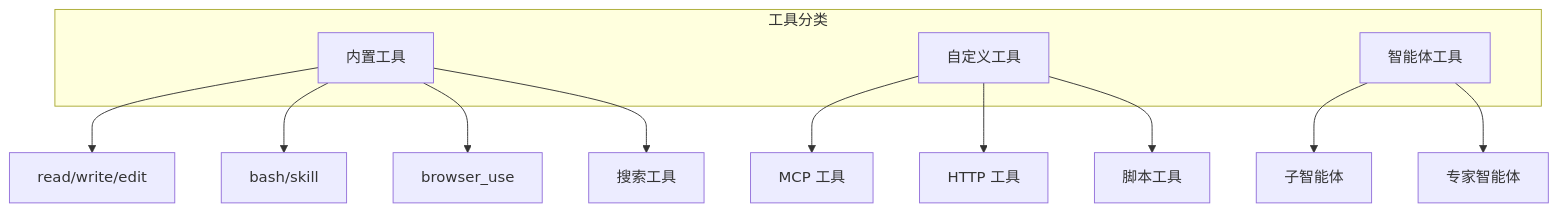
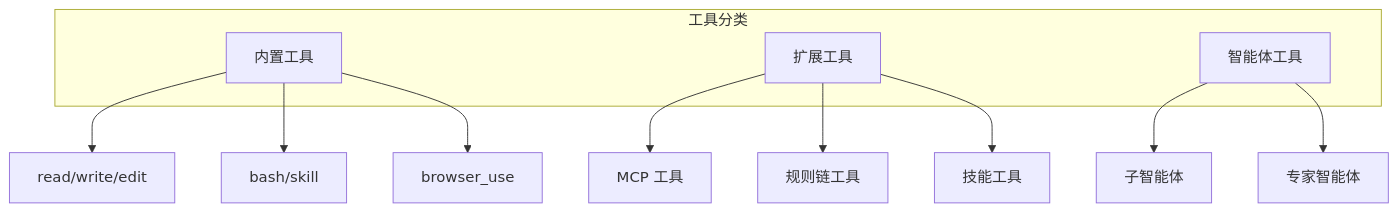
One commit to teambuf/tpclaw-doc changed the third of 4 diagrams in docs/guide/introduction/core-concepts.md. Above: the diagram before and after it, drawn with Mermaid. The commit also changed other lines of this file and 79 other files, not shown here.

First line of the commit message:
重构文档：基于截图重写教程，突出核心卖点

````diff
--- a/docs/guide/introduction/core-concepts.md
+++ b/docs/guide/introduction/core-concepts.md
@@ -104,20 +104,19 @@
 ```mermaid
 graph TB
     subgraph "工具分类"
         A[内置工具]
-        B[自定义工具]
+        B[扩展工具]
         C[智能体工具]
     end
 
     A --> A1[read/write/edit]
     A --> A2[bash/skill]
     A --> A3[browser_use]
-    A --> A4[搜索工具]
 
     B --> B1[MCP 工具]
-    B --> B2[HTTP 工具]
-    B --> B3[脚本工具]
+    B --> B2[规则链工具]
+    B --> B3[技能工具]
 
     C --> C1[子智能体]
     C --> C2[专家智能体]
 ```
````
